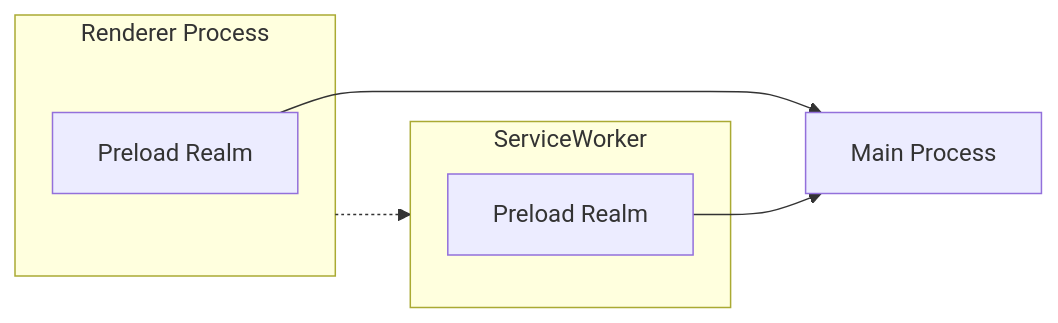
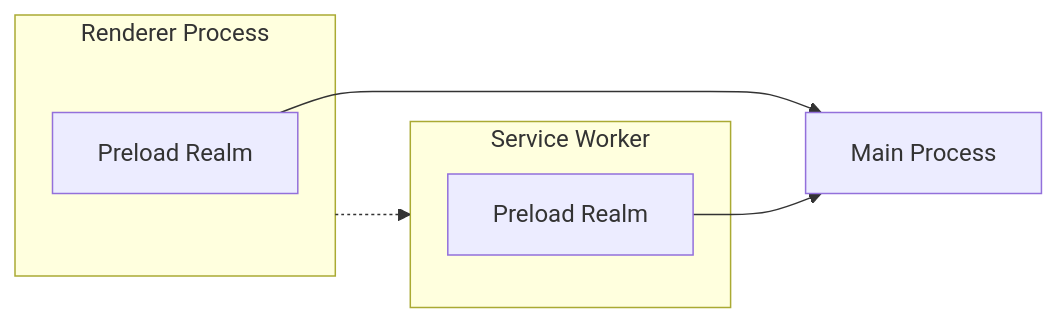
One commit to mamezou-tech/mamezou-tech-site changed the second of 3 diagrams in src/posts/blogs/2025/0331_electron-v35-service-worker-preload-scripts.md. Above: the diagram before and after it, drawn with Mermaid. The commit also changed other lines of this file, not shown here.

````diff
--- a/src/posts/blogs/2025/0331_electron-v35-service-worker-preload-scripts.md
+++ b/src/posts/blogs/2025/0331_electron-v35-service-worker-preload-scripts.md
@@ -39,13 +38,13 @@
 ```mermaid
 flowchart LR
   subgraph R[Renderer Process]
     RP[Preload Realm]
   end
   M[Main Process]
   RP --> M
-  subgraph S[ServiceWorker]
+  subgraph S[Service Worker]
     SP[Preload Realm]
   end
   SP --> M
   R -.-> S
 ```
````
